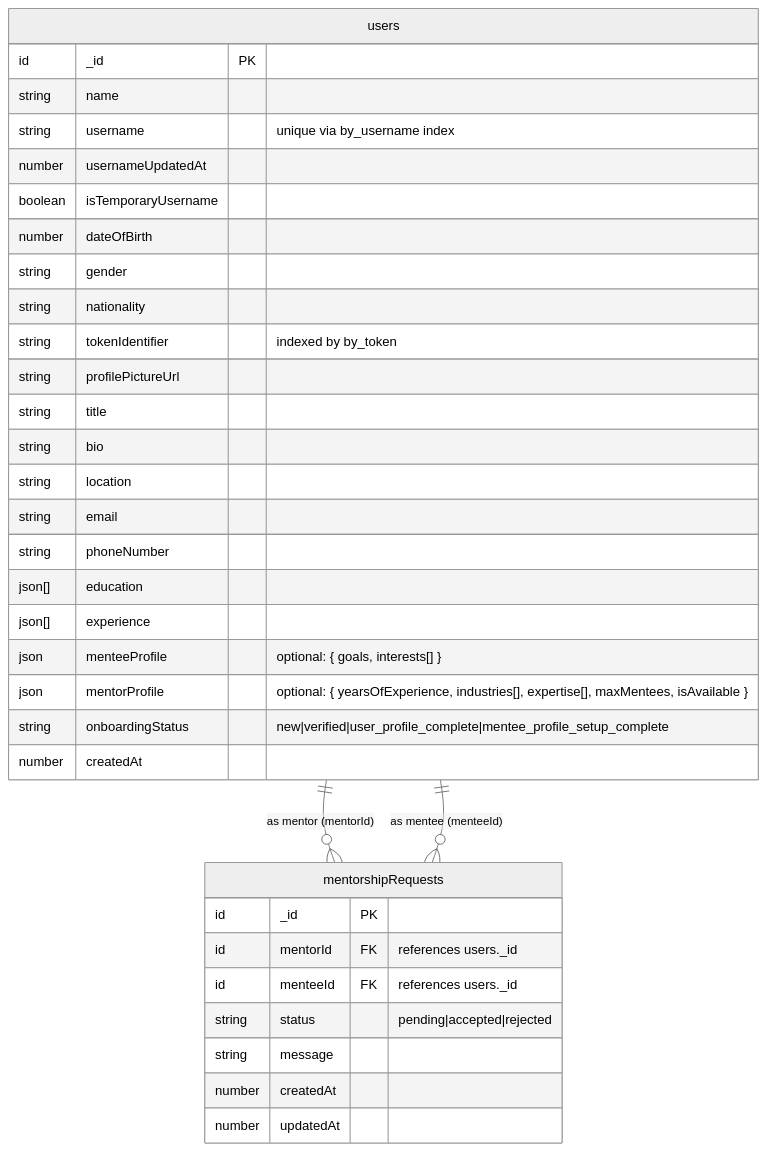
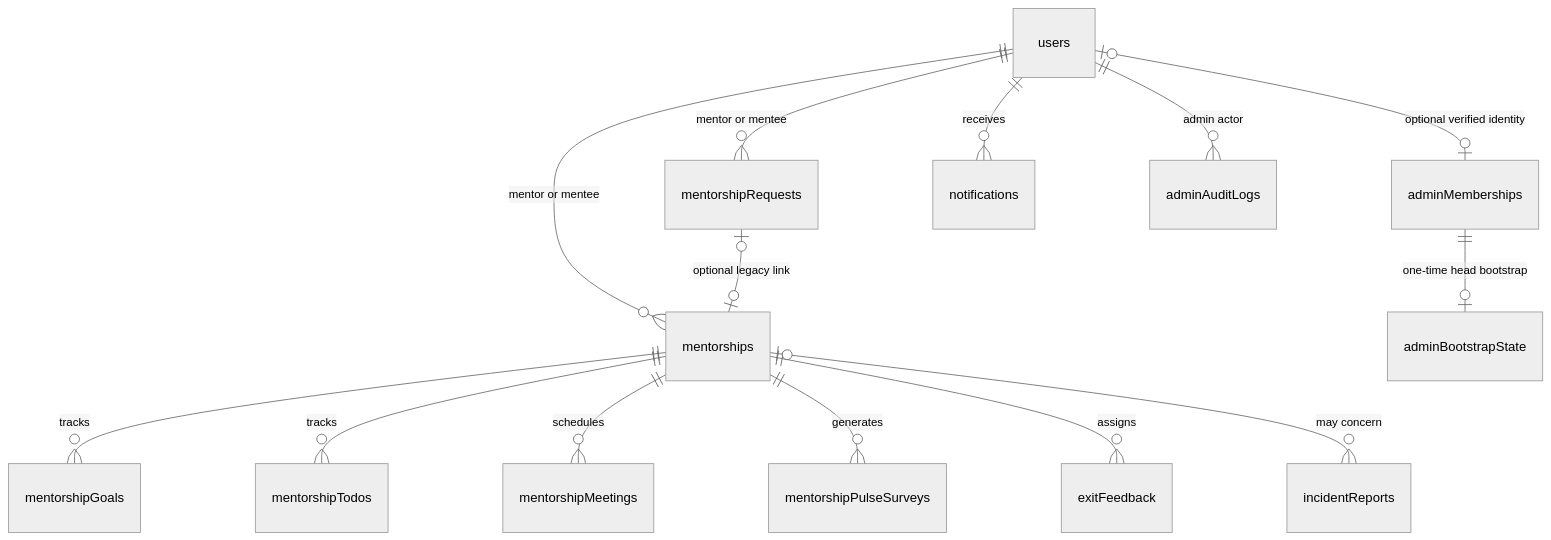
One commit to acsoba-mentorship/acsoba-mentorship changed the diagram in ERD.md. Above: the diagram before and after it, drawn with Mermaid (neutral theme). The commit also changed other lines of this file and 81 other files, not shown here.

````diff
--- a/ERD.md
+++ b/ERD.md
@@ -8,39 +8,16 @@
 ```mermaid
 erDiagram
-    users ||--o{ mentorshipRequests : "as mentor (mentorId)"
-    users ||--o{ mentorshipRequests : "as mentee (menteeId)"
-
-    users {
-        id _id PK
-        string name
-        string username "unique via by_username index"
-        number usernameUpdatedAt
-        boolean isTemporaryUsername
-        number dateOfBirth
-        string gender
-        string nationality
-        string tokenIdentifier "indexed by by_token"
-        string profilePictureUrl
-        string title
-        string bio
-        string location
-        string email
-        string phoneNumber
-        json[] education
-        json[] experience
-        json menteeProfile "optional: { goals, interests[] }"
-        json mentorProfile "optional: { yearsOfExperience, industries[], expertise[], maxMentees, isAvailable }"
-        string onboardingStatus "new|verified|user_profile_complete|mentee_profile_setup_complete"
-        number createdAt
-    }
-
-    mentorshipRequests {
-        id _id PK
-        id mentorId FK "references users._id"
-        id menteeId FK "references users._id"
-        string status "pending|accepted|rejected"
-        string message
-        number createdAt
-        number updatedAt
-    }
+    users ||--o{ mentorshipRequests : "mentor or mentee"
+    users ||--o{ mentorships : "mentor or mentee"
+    users o|--o| adminMemberships : "optional verified identity"
+    mentorshipRequests o|--o| mentorships : "optional legacy link"
+    mentorships ||--o{ mentorshipGoals : "tracks"
+    mentorships ||--o{ mentorshipTodos : "tracks"
+    mentorships ||--o{ mentorshipMeetings : "schedules"
+    mentorships ||--o{ mentorshipPulseSurveys : "generates"
+    mentorships ||--o{ exitFeedback : "assigns"
+    mentorships o|--o{ incidentReports : "may concern"
+    users ||--o{ notifications : "receives"
+    adminMemberships ||--o| adminBootstrapState : "one-time head bootstrap"
+    users ||--o{ adminAuditLogs : "admin actor"
 ```
````
